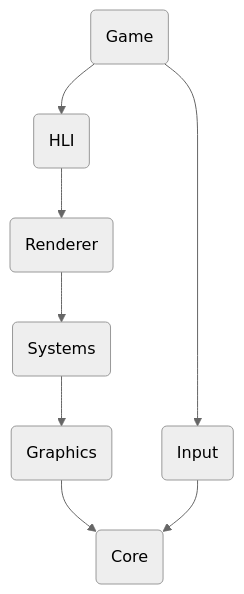
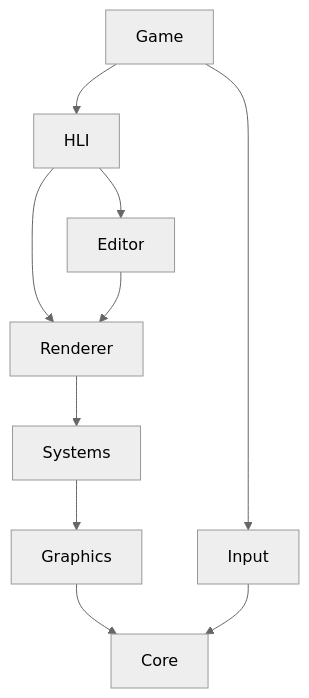
Before and after one commit to qbic/cyb-engine: the diagram in README.md, drawn with Mermaid (neutral theme).

Commit message:
added Edtior to dep-graph

````diff
--- a/README.md
+++ b/README.md
@@ -24,10 +24,12 @@
 ```mermaid
 flowchart TD
-    A(Game) --> B(HLI)
-    A --> I(Input)
-    B --> C(Renderer)
-    C --> D(Systems)
-    D --> E(Graphics)
-    E --> F(Core)
-    I --> F
+    Game --> HLI
+    Game --> Input
+    HLI --> Renderer
+    HLI --> Editor
+    Renderer --> Systems
+    Systems --> Graphics
+    Graphics --> Core
+    Input --> Core
+    Editor --> Renderer
 ```
````
